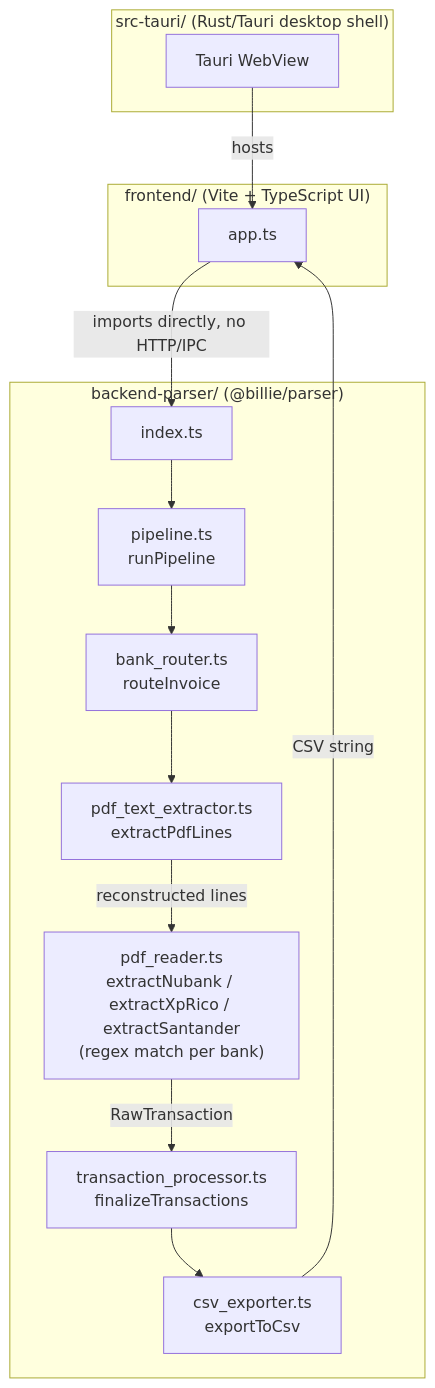
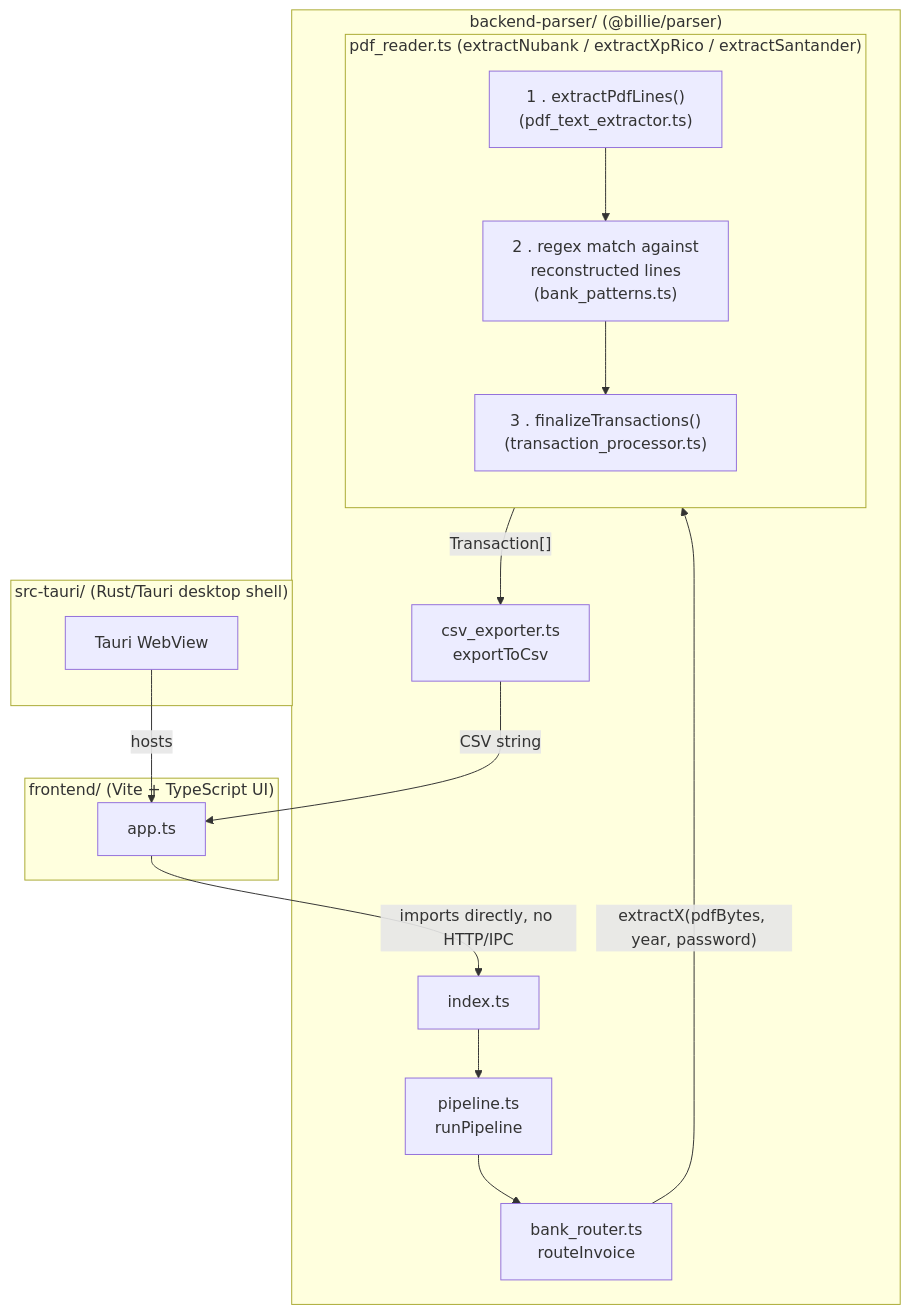
The diagram in README.md (eduardoteranisi/billie-project), drawn with Mermaid before and after one commit. The commit also changed other lines of this file, not shown here.

Commit message:
fix: show pdf_text_extractor and transaction_processor as internal to pdf_reader
bank_router.ts only calls pdf_reader.ts's extractX functions - it
never touches pdf_text_extractor.ts or transaction_processor.ts
directly. Nest them as internal steps inside a pdf_reader.ts
subgraph so the diagram doesn't imply bank_router calls them itself.

````diff
--- a/README.md
+++ b/README.md
@@ -60,30 +60,34 @@
 ```mermaid
 graph TD
     subgraph "src-tauri/ (Rust/Tauri desktop shell)"
         TAURI[Tauri WebView]
     end
 
     subgraph "frontend/ (Vite + TypeScript UI)"
         APP[app.ts]
     end
 
     subgraph "backend-parser/ (@billie/parser)"
         IDX[index.ts]
         PIPE["pipeline.ts<br/>runPipeline"]
         ROUTER["bank_router.ts<br/>routeInvoice"]
-        TXTEX["pdf_text_extractor.ts<br/>extractPdfLines"]
-        READER["pdf_reader.ts<br/>extractNubank / extractXpRico / extractSantander<br/>(regex match per bank)"]
-        PROC["transaction_processor.ts<br/>finalizeTransactions"]
+
+        subgraph "pdf_reader.ts (extractNubank / extractXpRico / extractSantander)"
+            direction TB
+            STEP1["1 . extractPdfLines()<br/>(pdf_text_extractor.ts)"]
+            STEP2["2 . regex match against<br/>reconstructed lines<br/>(bank_patterns.ts)"]
+            STEP3["3 . finalizeTransactions()<br/>(transaction_processor.ts)"]
+            STEP1 --> STEP2 --> STEP3
+        end
+
         CSV["csv_exporter.ts<br/>exportToCsv"]
     end
 
     TAURI -->|hosts| APP
     APP -->|imports directly, no HTTP/IPC| IDX
     IDX --> PIPE
     PIPE --> ROUTER
-    ROUTER --> TXTEX
-    TXTEX -->|reconstructed lines| READER
-    READER -->|RawTransaction| PROC
-    PROC --> CSV
+    ROUTER -->|"extractX(pdfBytes, year, password)"| STEP1
+    STEP3 -->|"Transaction[]"| CSV
     CSV -->|CSV string| APP
 ```
````
